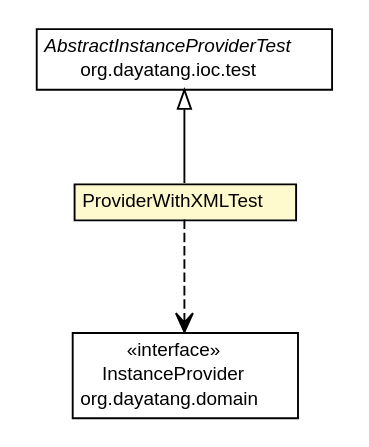
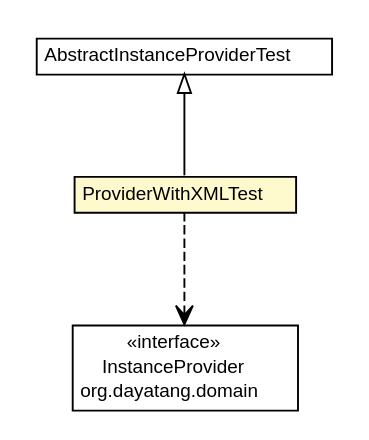
One commit to dayatang/dddlib changed the diagram in dddlib-ioc/dddlib-ioc-spring/testapidocs/org/dayatang/ioc/spring/factory/ProviderWithXMLTest.dot. Above: the diagram before and after it, drawn with Graphviz. The commit also changed 71 other files, not shown here.

```diff
--- a/dddlib-ioc/dddlib-ioc-spring/testapidocs/org/dayatang/ioc/spring/factory/ProviderWithXMLTest.dot
+++ b/dddlib-ioc/dddlib-ioc-spring/testapidocs/org/dayatang/ioc/spring/factory/ProviderWithXMLTest.dot
@@ -1,37 +1,36 @@
 #!/usr/local/bin/dot
 #
 # Class diagram 
 # Generated by UMLGraph version R5_6_6-8-g8d7759 (http://www.umlgraph.org/)
 #
 
 digraph G {
 	edge [fontname="Helvetica",fontsize=10,labelfontname="Helvetica",labelfontsize=10];
 	node [fontname="Helvetica",fontsize=10,shape=plaintext];
 	nodesep=0.25;
 	ranksep=0.5;
 	// org.dayatang.ioc.spring.factory.ProviderWithXMLTest
-	c28 [label=<<table title="org.dayatang.ioc.spring.factory.ProviderWithXMLTest" border="0" cellborder="1" cellspacing="0" cellpadding="2" port="p" bgcolor="lemonChiffon" href="./ProviderWithXMLTest.html">
+	c25 [label=<<table title="org.dayatang.ioc.spring.factory.ProviderWithXMLTest" border="0" cellborder="1" cellspacing="0" cellpadding="2" port="p" bgcolor="lemonChiffon" href="./ProviderWithXMLTest.html">
 		<tr><td><table border="0" cellspacing="0" cellpadding="1">
 <tr><td align="center" balign="center"> ProviderWithXMLTest </td></tr>
 		</table></td></tr>
 		</table>>, URL="./ProviderWithXMLTest.html", fontname="Helvetica", fontcolor="black", fontsize=10.0];
-	//org.dayatang.ioc.spring.factory.ProviderWithXMLTest extends org.dayatang.ioc.test.AbstractInstanceProviderTest
-	c30:p -> c28:p [dir=back,arrowtail=empty];
+	//org.dayatang.ioc.spring.factory.ProviderWithXMLTest extends AbstractInstanceProviderTest
+	c27:p -> c25:p [dir=back,arrowtail=empty];
 	// org.dayatang.ioc.spring.factory.ProviderWithXMLTest DEPEND org.dayatang.domain.InstanceProvider
-	c28:p -> c31:p [taillabel="", label=" "headlabel="", fontname="Helvetica", fontcolor="black", fontsize=10.0, color="black", arrowhead=open, style=dashed];
+	c25:p -> c28:p [taillabel="", label=" "headlabel="", fontname="Helvetica", fontcolor="black", fontsize=10.0, color="black", arrowhead=open, style=dashed];
+	// AbstractInstanceProviderTest
+	c27[label=<<table title="AbstractInstanceProviderTest" border="0" cellborder="1" cellspacing="0" cellpadding="2" port="p" href="http://java.sun.com/j2se/1.4.2/docs/api//AbstractInstanceProviderTest.html">
+		<tr><td><table border="0" cellspacing="0" cellpadding="1">
+<tr><td align="center" balign="center"> AbstractInstanceProviderTest </td></tr>
+		</table></td></tr>
+		</table>>, fontname="Helvetica", fontcolor="black", fontsize=10.0];
 	// org.dayatang.domain.InstanceProvider
-	c31 [label=<<table title="org.dayatang.domain.InstanceProvider" border="0" cellborder="1" cellspacing="0" cellpadding="2" port="p" href="http://java.sun.com/j2se/1.4.2/docs/api/org/dayatang/domain/InstanceProvider.html">
+	c28 [label=<<table title="org.dayatang.domain.InstanceProvider" border="0" cellborder="1" cellspacing="0" cellpadding="2" port="p" href="http://java.sun.com/j2se/1.4.2/docs/api/org/dayatang/domain/InstanceProvider.html">
 		<tr><td><table border="0" cellspacing="0" cellpadding="1">
 <tr><td align="center" balign="center"> &#171;interface&#187; </td></tr>
 <tr><td align="center" balign="center"> InstanceProvider </td></tr>
 <tr><td align="center" balign="center"> org.dayatang.domain </td></tr>
 		</table></td></tr>
 		</table>>, URL="http://java.sun.com/j2se/1.4.2/docs/api/org/dayatang/domain/InstanceProvider.html", fontname="Helvetica", fontcolor="black", fontsize=10.0];
-	// org.dayatang.ioc.test.AbstractInstanceProviderTest
-	c30 [label=<<table title="org.dayatang.ioc.test.AbstractInstanceProviderTest" border="0" cellborder="1" cellspacing="0" cellpadding="2" port="p" href="http://java.sun.com/j2se/1.4.2/docs/api/org/dayatang/ioc/test/AbstractInstanceProviderTest.html">
-		<tr><td><table border="0" cellspacing="0" cellpadding="1">
-<tr><td align="center" balign="center"><font face="Helvetica-Oblique"> AbstractInstanceProviderTest </font></td></tr>
-<tr><td align="center" balign="center"> org.dayatang.ioc.test </td></tr>
-		</table></td></tr>
-		</table>>, URL="http://java.sun.com/j2se/1.4.2/docs/api/org/dayatang/ioc/test/AbstractInstanceProviderTest.html", fontname="Helvetica", fontcolor="black", fontsize=10.0];
 }
```
